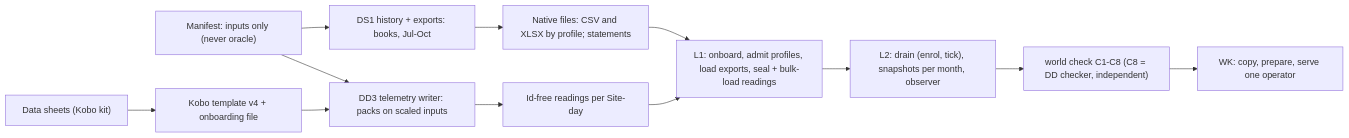
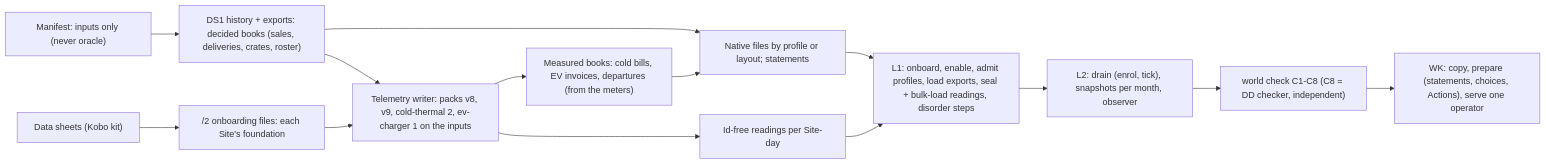
Before and after one commit to bineyame/AssetOpsV1: the diagram in specs/DD-demo-data/spec.md, drawn with Mermaid. The commit also changed other lines of this file and 7 other files, not shown here.

````diff
--- a/specs/DD-demo-data/spec.md
+++ b/specs/DD-demo-data/spec.md
@@ -98,14 +116,16 @@
 ```mermaid
 flowchart LR
-  M["Manifest: inputs only (never oracle)"] --> G1["DS1 history + exports: books, Jul-Oct"]
-  M --> G2["DD3 telemetry writer: packs on scaled inputs"]
-  DS["Data sheets (Kobo kit)"] --> T["Kobo template v4 + onboarding file"]
-  T --> G2
-  G1 --> F["Native files: CSV and XLSX by profile; statements"]
-  G2 --> R["Id-free readings per Site-day"]
-  F --> L1["L1: onboard, admit profiles, load exports, seal + bulk-load readings"]
+  M["Manifest: inputs only (never oracle)"] --> B1["DS1 history + exports: decided books (sales, deliveries, crates, roster)"]
+  DS["Data sheets (Kobo kit)"] --> O["/2 onboarding files: each Site's foundation"]
+  B1 --> W["Telemetry writer: packs v8, v9, cold-thermal 2, ev-charger 1 on the inputs"]
+  O --> W
+  W --> R["Id-free readings per Site-day"]
+  W --> B2["Measured books: cold bills, EV invoices, departures (from the meters)"]
+  B1 --> F["Native files by profile or layout; statements"]
+  B2 --> F
+  F --> L1["L1: onboard, enable, admit profiles, load exports, seal + bulk-load readings, disorder steps"]
   R --> L1
   L1 --> L2["L2: drain (enrol, tick), snapshots per month, observer"]
   L2 --> C["world check C1-C8 (C8 = DD checker, independent)"]
-  C --> WK["WK: copy, prepare, serve one operator"]
+  C --> WK["WK: copy, prepare (statements, choices, Actions), serve one operator"]
 ```
````
